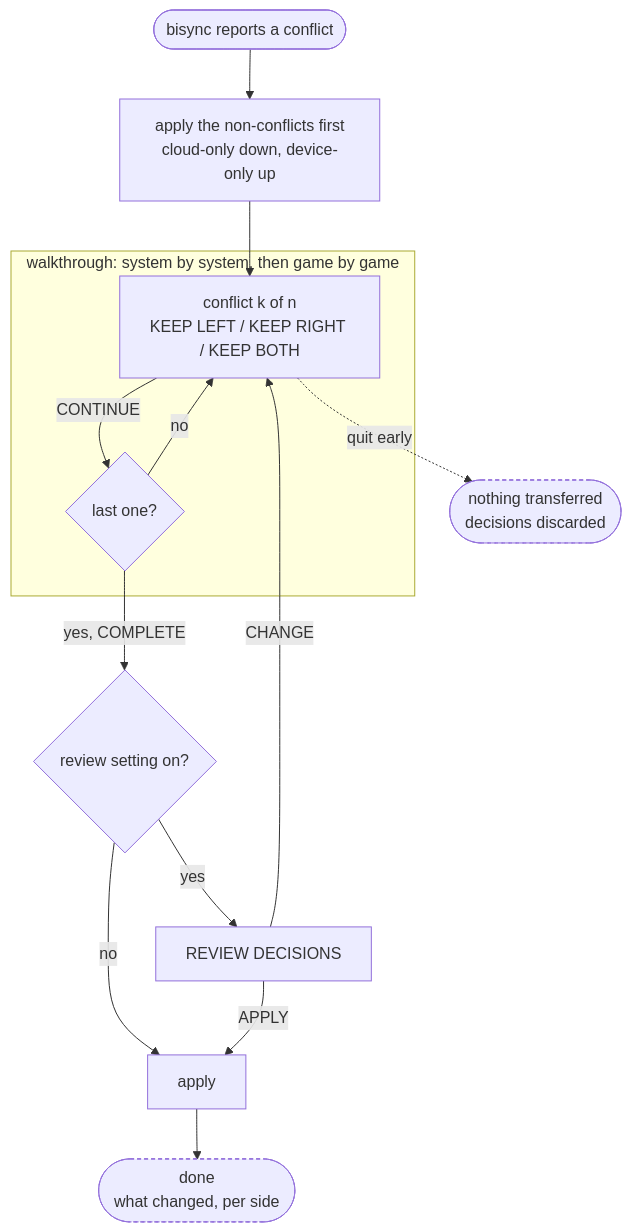
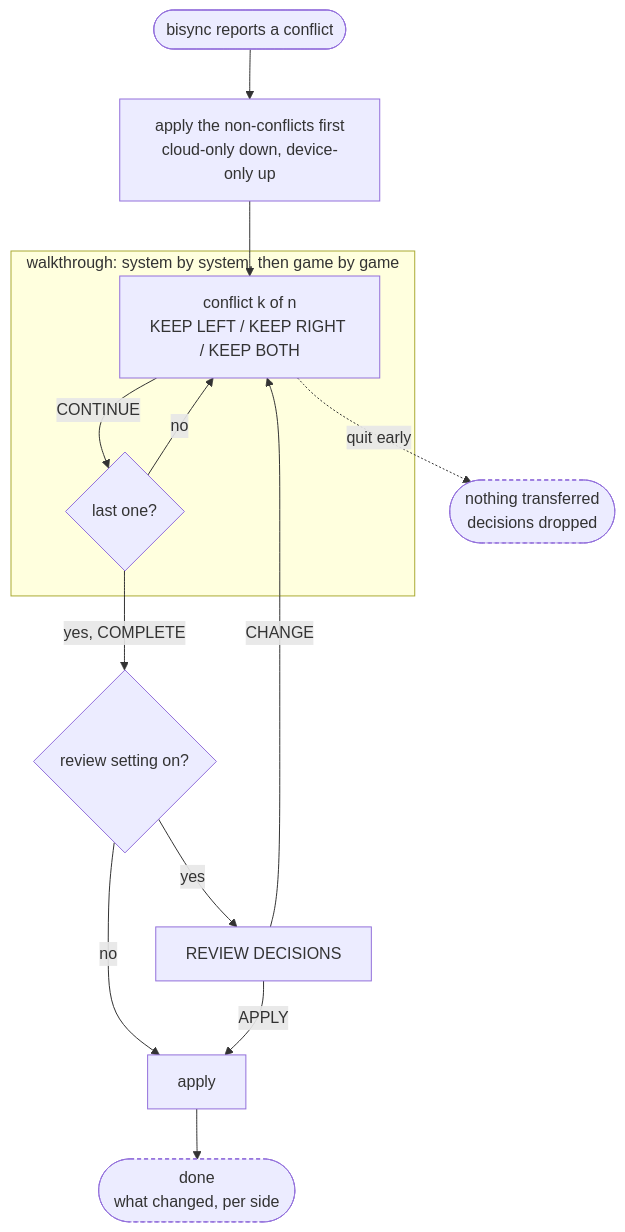
The diagram in docs/conflict-wizard-ia.md (maxengel/rocknix), drawn with Mermaid before and after one commit. The commit also changed other lines of this file and 21 other files, not shown here.

````diff
--- a/docs/conflict-wizard-ia.md
+++ b/docs/conflict-wizard-ia.md
@@ -40,23 +53,23 @@
 ```mermaid
 flowchart TD
     SYNC([bisync reports a conflict]) --> PRE[apply the non-conflicts first<br/>cloud-only down, device-only up]
     PRE --> ITEM
 
     subgraph walk [walkthrough: system by system, then game by game]
         ITEM[conflict k of n<br/>KEEP LEFT / KEEP RIGHT / KEEP BOTH]
         ITEM -->|CONTINUE| MORE{last one?}
         MORE -->|no| ITEM
     end
 
     MORE -->|yes, COMPLETE| GATE{review setting on?}
     GATE -->|no| APPLY[apply]
     GATE -->|yes| REVIEW[REVIEW DECISIONS]
     REVIEW -->|CHANGE| ITEM
     REVIEW -->|APPLY| APPLY
 
     APPLY --> DONE([done<br/>what changed, per side])
-    ITEM -.quit early.-> UNTOUCHED([nothing transferred<br/>decisions discarded])
+    ITEM -.quit early.-> UNTOUCHED([nothing transferred<br/>decisions dropped])
 
     classDef safe stroke-dasharray: 4 3
     class UNTOUCHED,DONE safe
 ```
````
